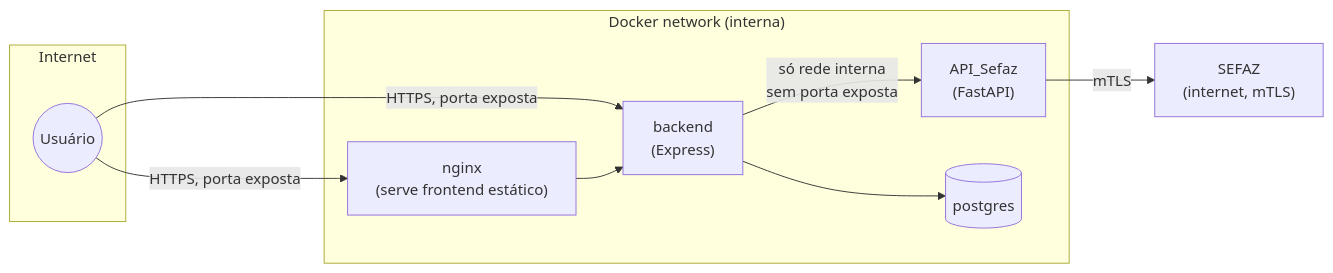
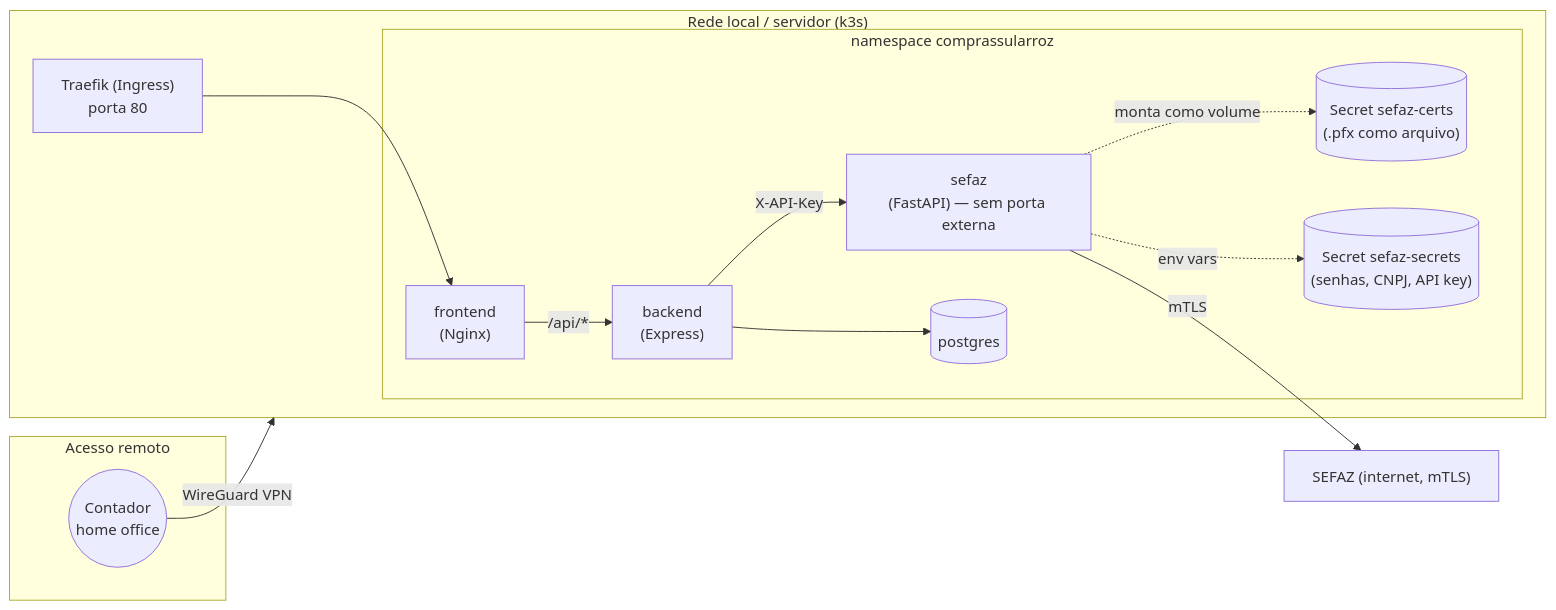
Before and after one commit to tiagogdella/API_Sefaz_CCD: the second of 4 diagrams in docs/arquitetura-geral.md, drawn with Mermaid. The commit also changed other lines of this file and 1 other file, not shown here.

Commit message:
docs: update diagrams with multi-cnpj, manifestacao and k3s deploy

````diff
--- a/docs/arquitetura-geral.md
+++ b/docs/arquitetura-geral.md
@@ -52,22 +51,31 @@
 ```mermaid
 flowchart LR
-    subgraph Internet
-        User(("Usuário"))
+    subgraph Remoto["Acesso remoto"]
+        Contador(("Contador\nhome office"))
     end
 
-    subgraph "Docker network (interna)"
-        Nginx["nginx\n(serve frontend estático)"]
-        Backend["backend\n(Express)"]
-        API_Sefaz["API_Sefaz\n(FastAPI)"]
-        Postgres[("postgres")]
+    Contador -->|WireGuard VPN| LAN
+
+    subgraph LAN["Rede local / servidor (k3s)"]
+        Traefik["Traefik (Ingress)\nporta 80"]
+
+        subgraph NS["namespace comprassularroz"]
+            FrontendPod["frontend\n(Nginx)"]
+            BackendPod["backend\n(Express)"]
+            SefazPod["sefaz\n(FastAPI) — sem porta externa"]
+            PgPod[("postgres")]
+            SecretCerts[("Secret sefaz-certs\n(.pfx como arquivo)")]
+            SecretConfig[("Secret sefaz-secrets\n(senhas, CNPJ, API key)")]
+        end
     end
 
-    SEFAZ_EXT["SEFAZ\n(internet, mTLS)"]
+    SEFAZ_EXT["SEFAZ (internet, mTLS)"]
 
-    User -->|HTTPS, porta exposta| Nginx
-    User -->|HTTPS, porta exposta| Backend
-    Nginx --> Backend
-    Backend --> Postgres
-    Backend -->|"só rede interna\nsem porta exposta"| API_Sefaz
-    API_Sefaz -->|mTLS| SEFAZ_EXT
+    Traefik --> FrontendPod
+    FrontendPod -->|"/api/*"| BackendPod
+    BackendPod --> PgPod
+    BackendPod -->|"X-API-Key"| SefazPod
+    SefazPod -.->|monta como volume| SecretCerts
+    SefazPod -.->|env vars| SecretConfig
+    SefazPod -->|mTLS| SEFAZ_EXT
 ```
````
